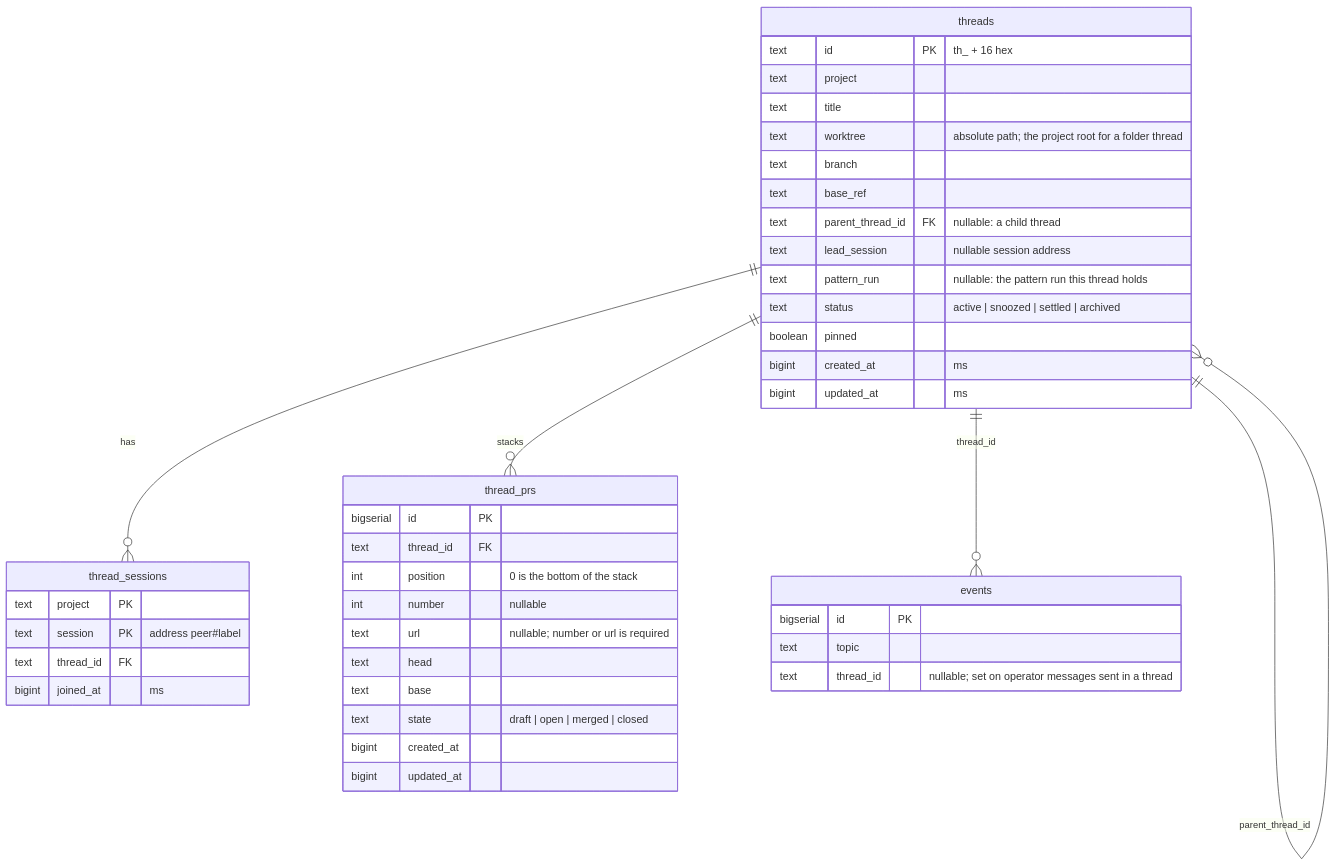
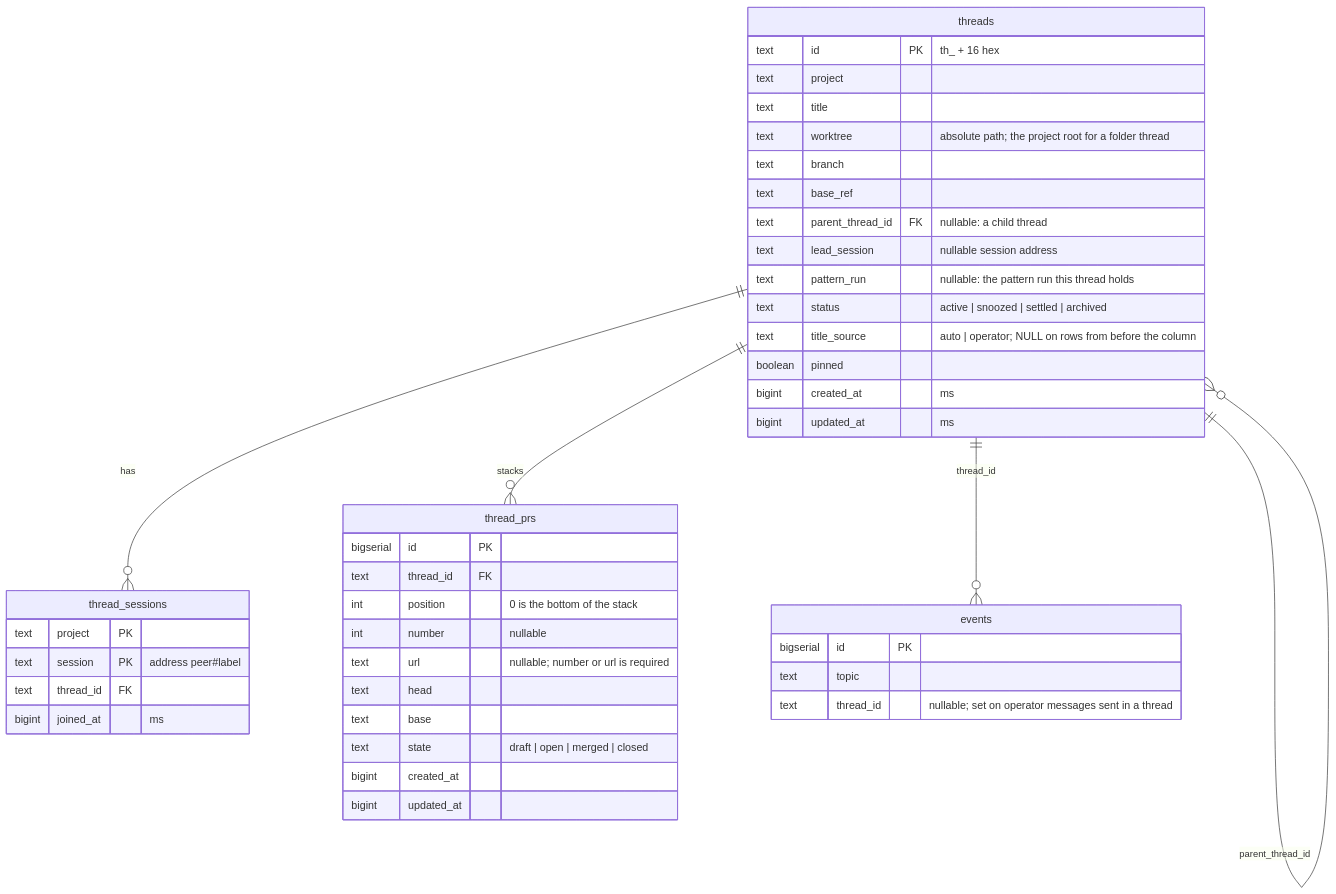
One commit to bcmyguest/ai-collab changed the first of 2 diagrams in docs/threads.md. Above: the diagram before and after it, drawn with Mermaid. The commit also changed other lines of this file and 13 other files, not shown here.

````diff
--- a/docs/threads.md
+++ b/docs/threads.md
@@ -9,45 +9,46 @@
 ```mermaid
 erDiagram
   threads ||--o{ thread_sessions : "has"
   threads ||--o{ thread_prs : "stacks"
   threads ||--o{ threads : "parent_thread_id"
   threads ||--o{ events : "thread_id"
   threads {
     text id PK "th_ + 16 hex"
     text project
     text title
     text worktree "absolute path; the project root for a folder thread"
     text branch
     text base_ref
     text parent_thread_id FK "nullable: a child thread"
     text lead_session "nullable session address"
     text pattern_run "nullable: the pattern run this thread holds"
     text status "active | snoozed | settled | archived"
+    text title_source "auto | operator; NULL on rows from before the column"
     boolean pinned
     bigint created_at "ms"
     bigint updated_at "ms"
   }
   thread_sessions {
     text project PK
     text session PK "address peer#label"
     text thread_id FK
     bigint joined_at "ms"
   }
   thread_prs {
     bigserial id PK
     text thread_id FK
     int position "0 is the bottom of the stack"
     int number "nullable"
     text url "nullable; number or url is required"
     text head
     text base
     text state "draft | open | merged | closed"
     bigint created_at
     bigint updated_at
   }
   events {
     bigserial id PK
     text topic
     text thread_id "nullable; set on operator messages sent in a thread"
   }
 ```
````
